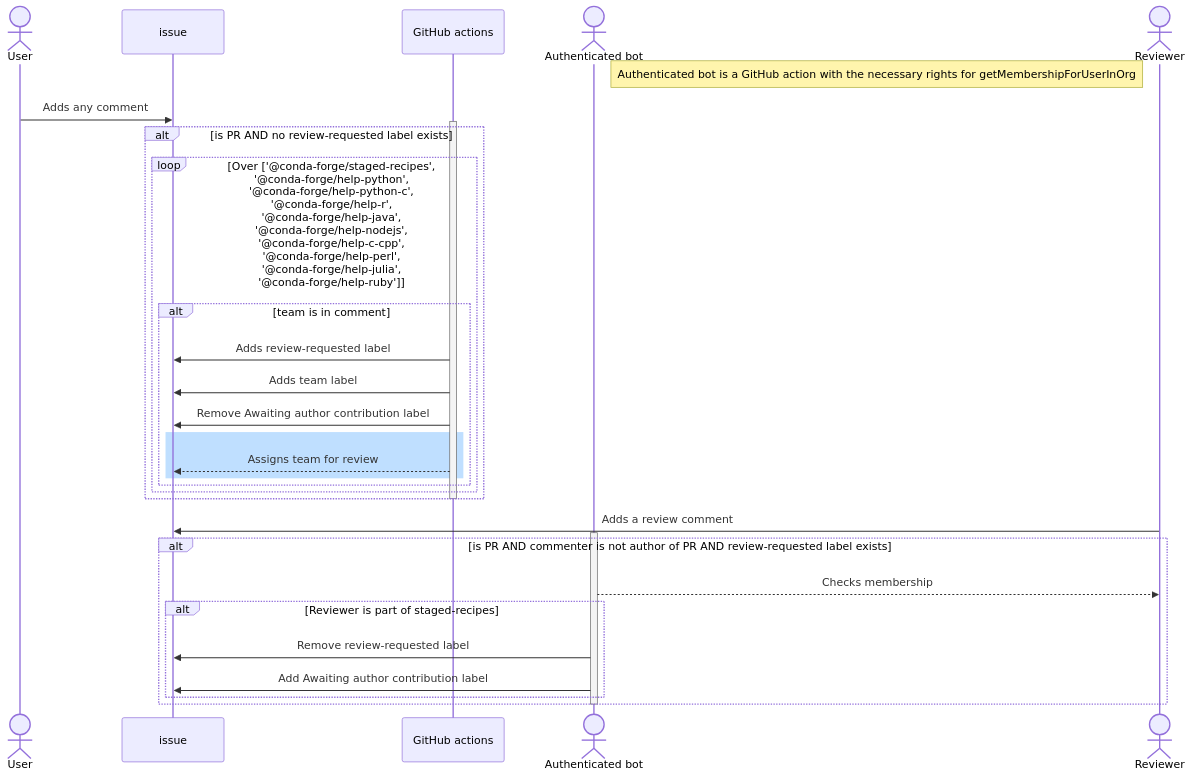
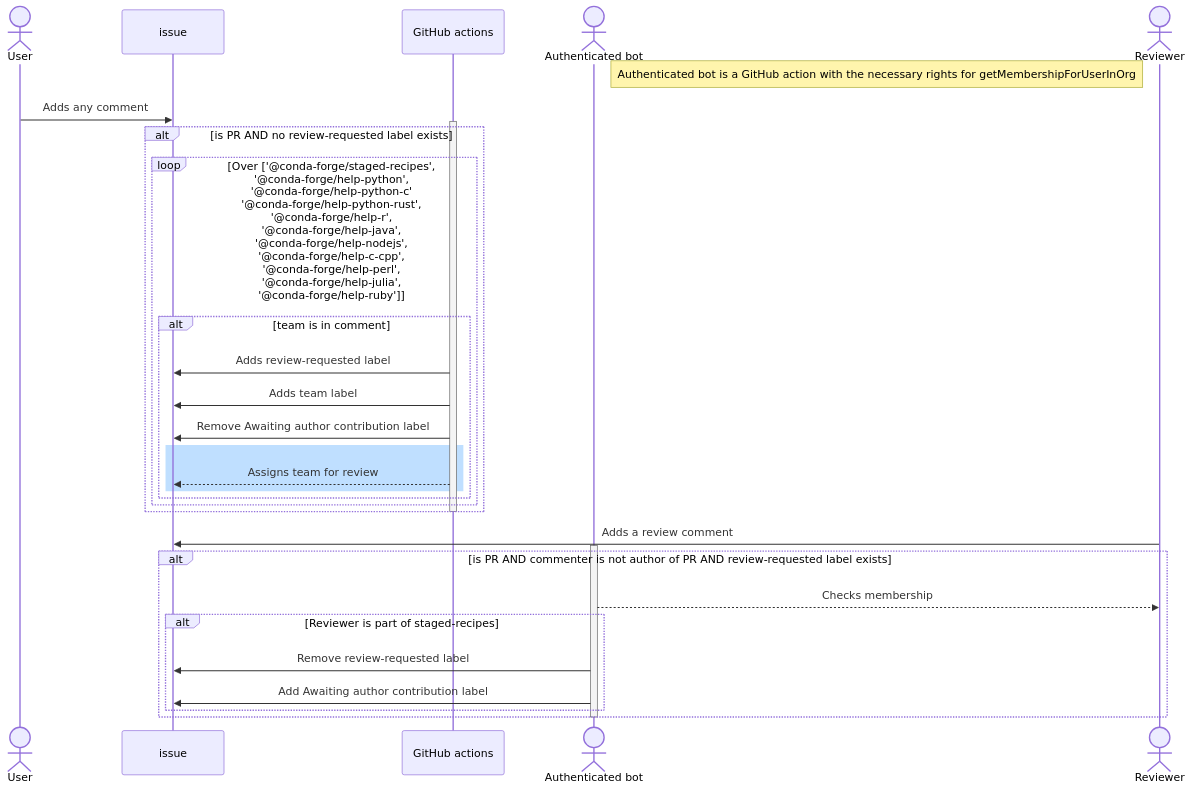
The first of 2 diagrams in .github/workflows/README.md (conda-forge/staged-recipes), drawn with Mermaid before and after one commit. The commit also changed 1 other file, not shown here.

Commit message:
Update the README files as well

````diff
--- a/.github/workflows/README.md
+++ b/.github/workflows/README.md
@@ -7,34 +7,34 @@
 ```mermaid
 sequenceDiagram
     actor User
     participant issue
     participant GitHub actions
     actor Authenticated bot
     actor Reviewer
     Note right of Authenticated bot: Authenticated bot is a GitHub action with the necessary rights for getMembershipForUserInOrg
     User->>issue: Adds any comment
     activate GitHub actions
     alt is PR AND no review-requested label exists
-        loop Over ['@conda-forge/staged-recipes', '@conda-forge/help-python', '@conda-forge/help-python-c', '@conda-forge/help-r', '@conda-forge/help-java', '@conda-forge/help-nodejs', '@conda-forge/help-c-cpp', '@conda-forge/help-perl', '@conda-forge/help-julia', '@conda-forge/help-ruby']
+        loop Over ['@conda-forge/staged-recipes', '@conda-forge/help-python', '@conda-forge/help-python-c' '@conda-forge/help-python-rust', '@conda-forge/help-r', '@conda-forge/help-java', '@conda-forge/help-nodejs', '@conda-forge/help-c-cpp', '@conda-forge/help-perl', '@conda-forge/help-julia', '@conda-forge/help-ruby']
             alt team is in comment
                 GitHub actions->>issue: Adds review-requested label
                 GitHub actions->>issue: Adds team label
                 GitHub actions->>issue: Remove Awaiting author contribution label
                 rect rgb(191, 223, 255)
                     GitHub actions-->>issue: Assigns team for review
                 end
             end
         end
     end
     deactivate GitHub actions
     Reviewer->>issue: Adds a review comment
     activate Authenticated bot
     alt is PR AND commenter is not author of PR AND review-requested label exists
         Authenticated bot-->>Reviewer: Checks membership
         alt Reviewer is part of staged-recipes
             Authenticated bot->>issue: Remove review-requested label
             Authenticated bot->>issue: Add Awaiting author contribution label
         end
     end
     deactivate Authenticated bot
 ```
````
